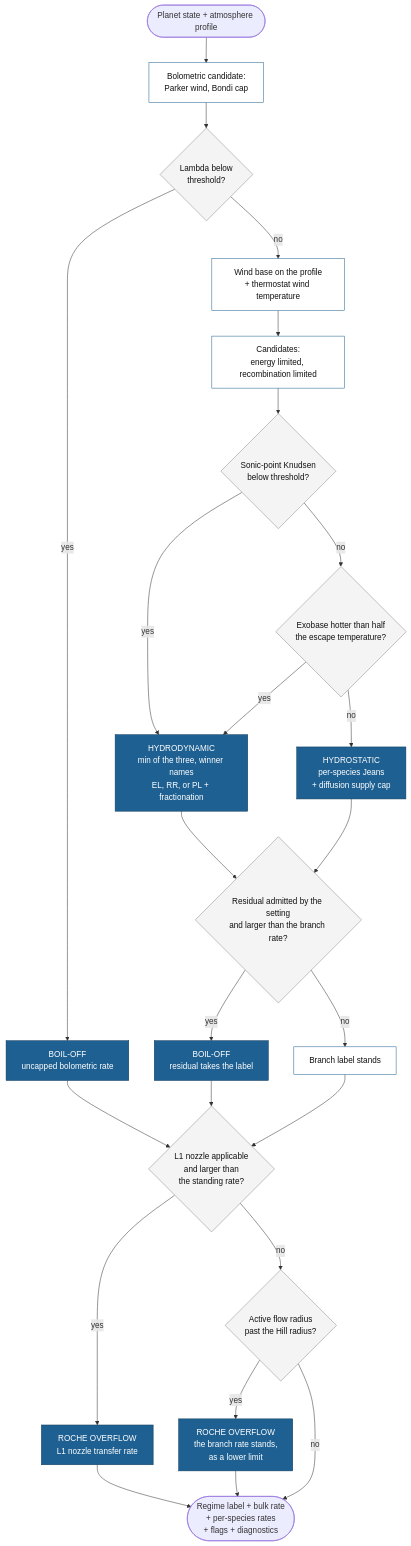
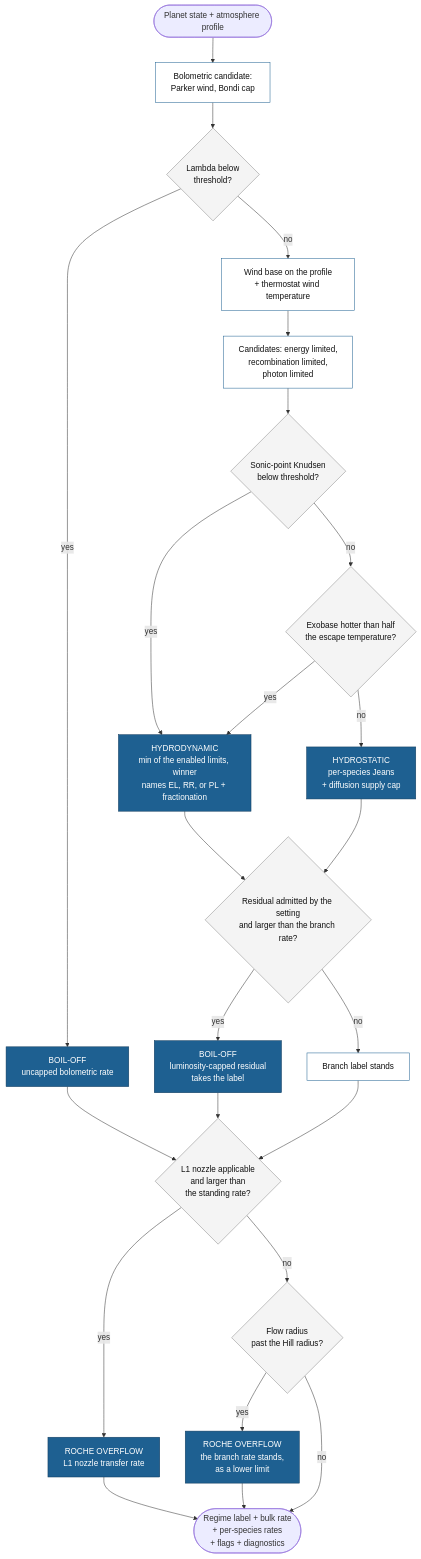
The diagram in docs/Explanations/regimes.md (FormingWorlds/ZEPHYRUS), drawn with Mermaid before and after one commit. The commit also changed other lines of this file, not shown here.

````diff
--- a/docs/Explanations/regimes.md
+++ b/docs/Explanations/regimes.md
@@ -16,32 +27,32 @@
 ```mermaid
 flowchart TD
     IN(["Planet state + atmosphere profile"]) --> BOLO["Bolometric candidate:<br/>Parker wind, Bondi cap"]
     BOLO --> Q1{"Lambda below<br/>threshold?"}
     Q1 -- yes --> BO["BOIL-OFF<br/>uncapped bolometric rate"]
     Q1 -- no --> BASE["Wind base on the profile<br/>+ thermostat wind temperature"]
-    BASE --> HYD["Candidates:<br/>energy limited, recombination limited"]
+    BASE --> HYD["Candidates: energy limited,<br/>recombination limited,<br/>photon limited"]
     HYD --> Q2{"Sonic-point Knudsen<br/>below threshold?"}
-    Q2 -- yes --> HD["HYDRODYNAMIC<br/>min of the three, winner names<br/>EL, RR, or PL + fractionation"]
+    Q2 -- yes --> HD["HYDRODYNAMIC<br/>min of the enabled limits, winner<br/>names EL, RR, or PL + fractionation"]
     Q2 -- no --> Q3{"Exobase hotter than half<br/>the escape temperature?"}
     Q3 -- yes --> HD
     Q3 -- no --> HS["HYDROSTATIC<br/>per-species Jeans<br/>+ diffusion supply cap"]
     BO --> QN
     HD --> Q4{"Residual admitted by the setting<br/>and larger than the branch rate?"}
     HS --> Q4
-    Q4 -- yes --> BO2["BOIL-OFF<br/>residual takes the label"]
+    Q4 -- yes --> BO2["BOIL-OFF<br/>luminosity-capped residual<br/>takes the label"]
     Q4 -- no --> KEEP["Branch label stands"]
     BO2 --> QN{"L1 nozzle applicable<br/>and larger than<br/>the standing rate?"}
     KEEP --> QN
     QN -- yes --> RN["ROCHE OVERFLOW<br/>L1 nozzle transfer rate"]
-    QN -- no --> Q5{"Active flow radius<br/>past the Hill radius?"}
+    QN -- no --> Q5{"Flow radius<br/>past the Hill radius?"}
     Q5 -- yes --> RO["ROCHE OVERFLOW<br/>the branch rate stands,<br/>as a lower limit"]
     Q5 -- no --> OUT(["Regime label + bulk rate<br/>+ per-species rates<br/>+ flags + diagnostics"])
     RN --> OUT
     RO --> OUT
     classDef regime fill:#1e6091,stroke:#0f3a5c,color:#ffffff
     classDef decision fill:#f4f4f4,stroke:#888888,color:#111111
     classDef stage fill:#ffffff,stroke:#1e6091,color:#111111
     class BO,BO2,HD,HS,RN,RO regime
     class Q1,Q2,Q3,Q4,QN,Q5 decision
     class BOLO,BASE,HYD,KEEP stage
 ```
````
